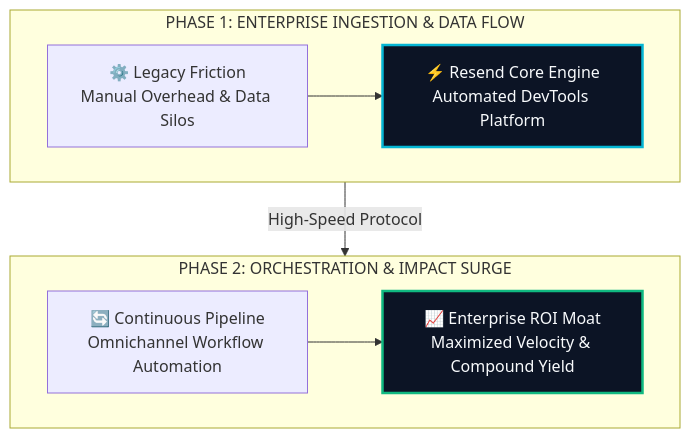
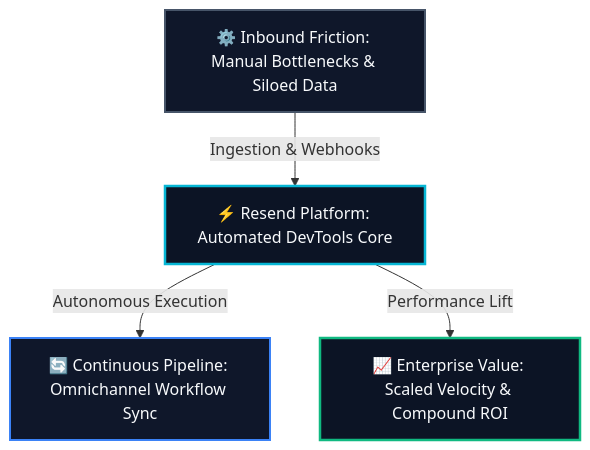
Before and after one commit to heliatech-media/saas-radar: the diagram in site/src/content/blog/resend-evolution-guide-2026.md, drawn with Mermaid. The commit also changed 93 other files, not shown here.

First line of the commit message:
fix(diagrams): resolve dagre-d3 subgraph collision by migrating to balanced 3-tier Hub & Spoke architecture

````diff
--- a/site/src/content/blog/resend-evolution-guide-2026.md
+++ b/site/src/content/blog/resend-evolution-guide-2026.md
@@ -52,14 +52,14 @@
 ```mermaid
 flowchart TD
-    subgraph S1["PHASE 1: ENTERPRISE INGESTION & DATA FLOW"]
-        direction LR
-        A["⚙️ Legacy Friction<br/>Manual Overhead & Data Silos"] --> B["⚡ Resend Core Engine<br/>Automated DevTools Platform"]
-    end
-    subgraph S2["PHASE 2: ORCHESTRATION & IMPACT SURGE"]
-        direction LR
-        C["🔄 Continuous Pipeline<br/>Omnichannel Workflow Automation"] --> D["📈 Enterprise ROI Moat<br/>Maximized Velocity & Compound Yield"]
-    end
-    S1 -->|High-Speed Protocol| S2
-    style B fill:#0c1425,stroke:#06b6d4,stroke-width:2.5px,color:#f8fafc
-    style D fill:#0c1425,stroke:#10b981,stroke-width:2.5px,color:#f8fafc
+    Inp["⚙️ Inbound Friction: Manual Bottlenecks & Siloed Data"]
+    Eng["⚡ Resend Platform: Automated DevTools Core"]
+    Out1["🔄 Continuous Pipeline: Omnichannel Workflow Sync"]
+    Out2["📈 Enterprise Value: Scaled Velocity & Compound ROI"]
+    Inp -->|Ingestion & Webhooks| Eng
+    Eng -->|Autonomous Execution| Out1
+    Eng -->|Performance Lift| Out2
+    style Inp fill:#0f172a,stroke:#475569,stroke-width:2px,color:#f8fafc
+    style Eng fill:#0c1425,stroke:#06b6d4,stroke-width:2.5px,color:#f8fafc
+    style Out1 fill:#0f172a,stroke:#3b82f6,stroke-width:2px,color:#f8fafc
+    style Out2 fill:#0c1425,stroke:#10b981,stroke-width:2.5px,color:#f8fafc
 ```
````
